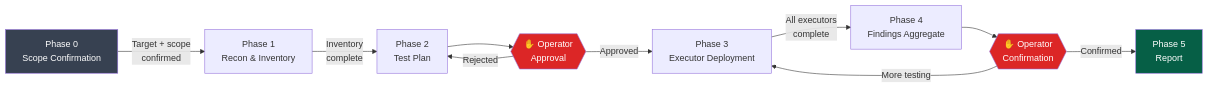
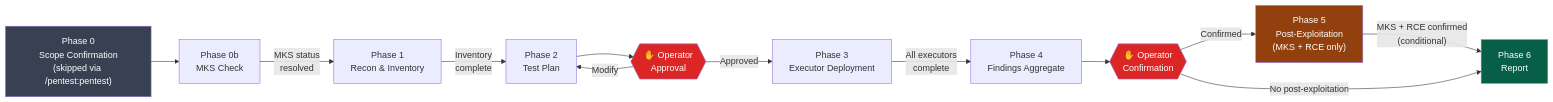
The second of 2 diagrams in README.md (LyesH4ck/claude-whitebox), drawn with Mermaid before and after one commit. The commit also changed other lines of this file and 56 other files, not shown here.

````diff
--- a/README.md
+++ b/README.md
@@ -178,26 +272,31 @@
 ```mermaid
 flowchart LR
-    P0["Phase 0\nScope Confirmation"]
+    P0["Phase 0\nScope Confirmation\n(skipped via /pentest:pentest)"]
+    P0B["Phase 0b\nMKS Check"]
     P1["Phase 1\nRecon & Inventory"]
     P2["Phase 2\nTest Plan"]
     GATE1{{"✋ Operator\nApproval"}}
     P3["Phase 3\nExecutor Deployment"]
     P4["Phase 4\nFindings Aggregate"]
     GATE2{{"✋ Operator\nConfirmation"}}
-    P5["Phase 5\nReport"]
+    P5["Phase 5\nPost-Exploitation\n(MKS + RCE only)"]
+    P6["Phase 6\nReport"]
 
-    P0 -->|"Target + scope\nconfirmed"| P1
+    P0 --> P0B
+    P0B -->|"MKS status\nresolved"| P1
     P1 -->|"Inventory\ncomplete"| P2
     P2 --> GATE1
     GATE1 -->|"Approved"| P3
-    GATE1 -->|"Rejected"| P2
+    GATE1 -->|"Modify"| P2
     P3 -->|"All executors\ncomplete"| P4
     P4 --> GATE2
     GATE2 -->|"Confirmed"| P5
-    GATE2 -->|"More testing"| P3
+    P5 -->|"MKS + RCE confirmed\n(conditional)"| P6
+    GATE2 -->|"No post-exploitation"| P6
 
     style GATE1 fill:#DC2626,color:#fff
     style GATE2 fill:#DC2626,color:#fff
     style P0 fill:#374151,color:#fff
-    style P5 fill:#065F46,color:#fff
+    style P5 fill:#92400E,color:#fff
+    style P6 fill:#065F46,color:#fff
 ```
````
